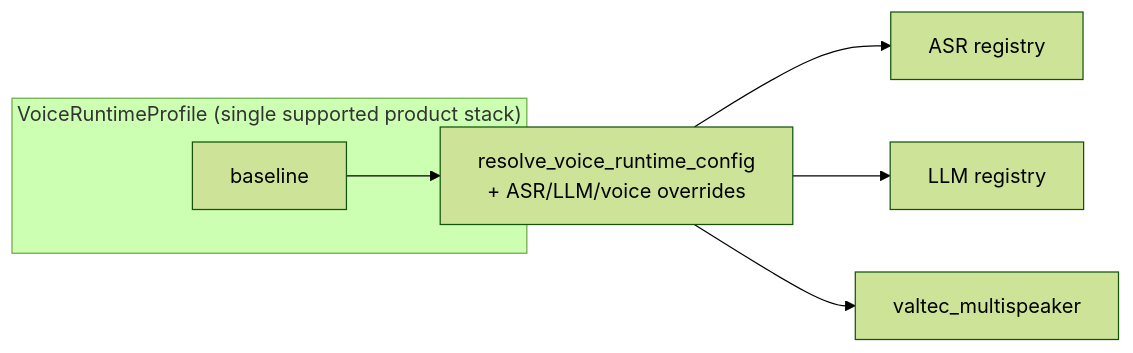
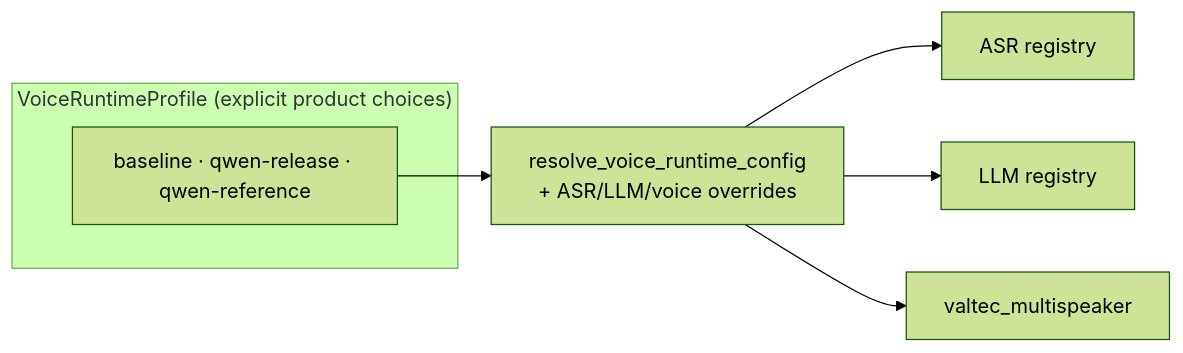
One commit to finalflash159/soca changed the first of 2 diagrams in docs/08-registries-profiles-cli.md. Above: the diagram before and after it, drawn with Mermaid (forest theme). The commit also changed other lines of this file and 38 other files, not shown here.

````diff
--- a/docs/08-registries-profiles-cli.md
+++ b/docs/08-registries-profiles-cli.md
@@ -8,10 +9,10 @@
 ```mermaid
 flowchart LR
-    subgraph Profile["VoiceRuntimeProfile (single supported product stack)"]
-        P[baseline]
+    subgraph Profile["VoiceRuntimeProfile (explicit product choices)"]
+        P[baseline · qwen-release · qwen-reference]
     end
     P --> RC[resolve_voice_runtime_config<br/>+ ASR/LLM/voice overrides]
     RC --> ASR[ASR registry]
     RC --> LLM[LLM registry]
     RC --> TTS[valtec_multispeaker]
 ```
````
